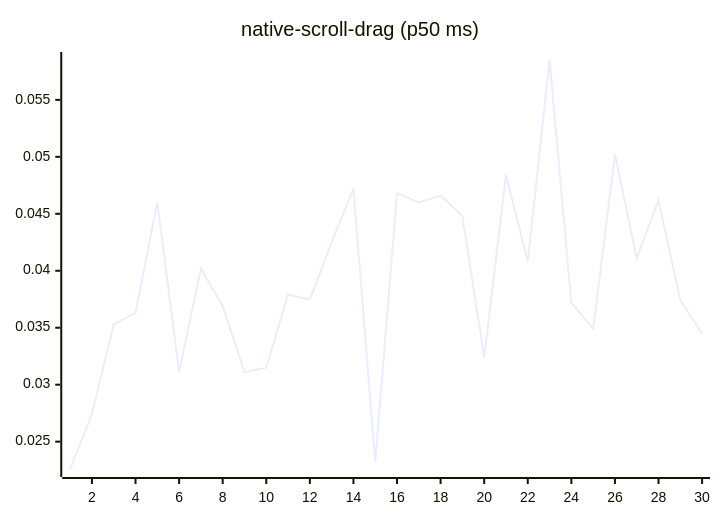
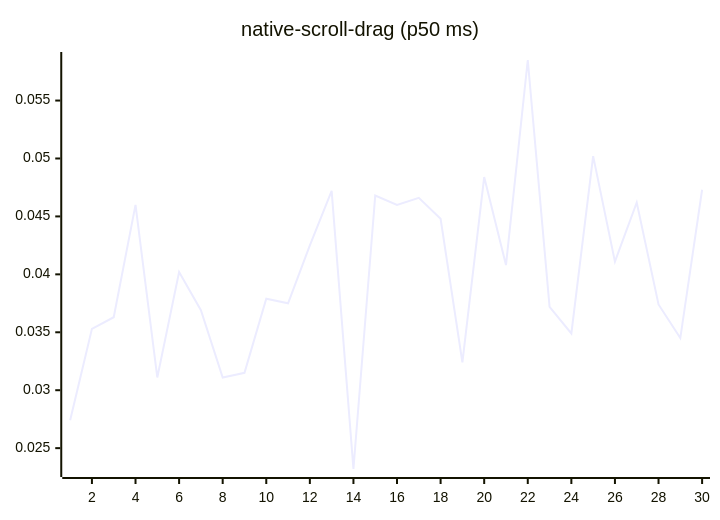
Before and after one commit to josha/Facet: diagram 14 of 27 in README.md, drawn with Mermaid. The commit also changed other lines of this file and 2 other files, not shown here.

````diff
--- a/README.md
+++ b/README.md
@@ -154,6 +154,6 @@
 ```mermaid
 xychart-beta
     title "native-scroll-drag (p50 ms)"
     x-axis 1 --> 30
-    line [0.0226, 0.0274, 0.0353, 0.0363, 0.0460, 0.0311, 0.0402, 0.0369, 0.0311, 0.0315, 0.0379, 0.0375, 0.0425, 0.0472, 0.0232, 0.0468, 0.0460, 0.0466, 0.0448, 0.0324, 0.0484, 0.0408, 0.0585, 0.0372, 0.0349, 0.0502, 0.0411, 0.0462, 0.0374, 0.0345]
+    line [0.0274, 0.0353, 0.0363, 0.0460, 0.0311, 0.0402, 0.0369, 0.0311, 0.0315, 0.0379, 0.0375, 0.0425, 0.0472, 0.0232, 0.0468, 0.0460, 0.0466, 0.0448, 0.0324, 0.0484, 0.0408, 0.0585, 0.0372, 0.0349, 0.0502, 0.0411, 0.0462, 0.0374, 0.0345, 0.0473]
 ```
````
